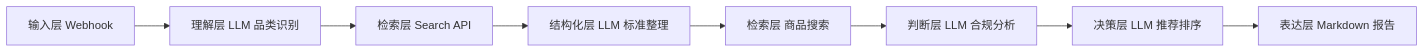
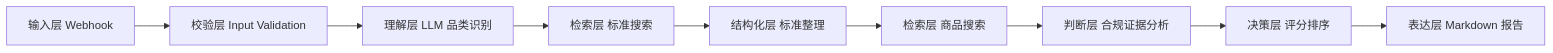
One commit to ys200501266-design/product-standard-compliance-agent changed the diagram in docs/system_architecture.md. Above: the diagram before and after it, drawn with Mermaid. The commit also changed other lines of this file and 26 other files, not shown here.

````diff
--- a/docs/system_architecture.md
+++ b/docs/system_architecture.md
@@ -5,10 +9,11 @@
 ```mermaid
 flowchart LR
-    A["输入层 Webhook"] --> B["理解层 LLM 品类识别"]
-    B --> C["检索层 Search API"]
-    C --> D["结构化层 LLM 标准整理"]
-    D --> E["检索层 商品搜索"]
-    E --> F["判断层 LLM 合规分析"]
-    F --> G["决策层 LLM 推荐排序"]
-    G --> H["表达层 Markdown 报告"]
+    A["输入层 Webhook"] --> B["校验层 Input Validation"]
+    B --> C["理解层 LLM 品类识别"]
+    C --> D["检索层 标准搜索"]
+    D --> E["结构化层 标准整理"]
+    E --> F["检索层 商品搜索"]
+    F --> G["判断层 合规证据分析"]
+    G --> H["决策层 评分排序"]
+    H --> I["表达层 Markdown 报告"]
 ```
````
